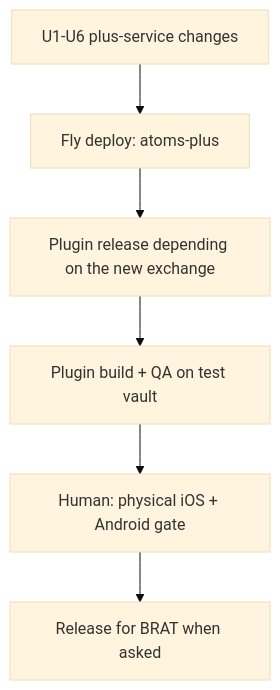
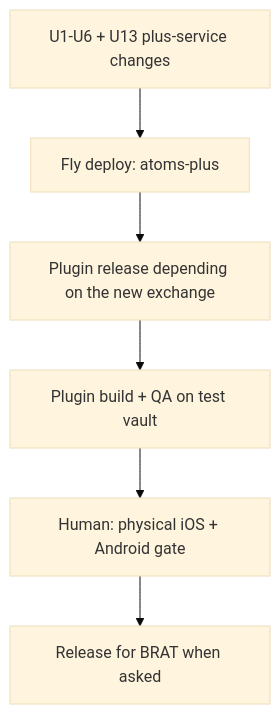
The third of 3 diagrams in docs/plans/2026-08-05-240-feat-magic-link-plugin-handoff-plan.md (taihartman/obsidian-atoms), drawn with Mermaid (base theme) before and after one commit. The commit also changed other lines of this file and 1 other file, not shown here.

````diff
--- a/docs/plans/2026-08-05-240-feat-magic-link-plugin-handoff-plan.md
+++ b/docs/plans/2026-08-05-240-feat-magic-link-plugin-handoff-plan.md
@@ -310,8 +348,8 @@
 ```mermaid
 flowchart TB
-  A[U1-U6 plus-service changes] --> B[Fly deploy: atoms-plus]
+  A[U1-U6 + U13 plus-service changes] --> B[Fly deploy: atoms-plus]
   B --> C[Plugin release depending on the new exchange]
   C --> D[Plugin build + QA on test vault]
   D --> E[Human: physical iOS + Android gate]
   E --> F[Release for BRAT when asked]
 ```
````
